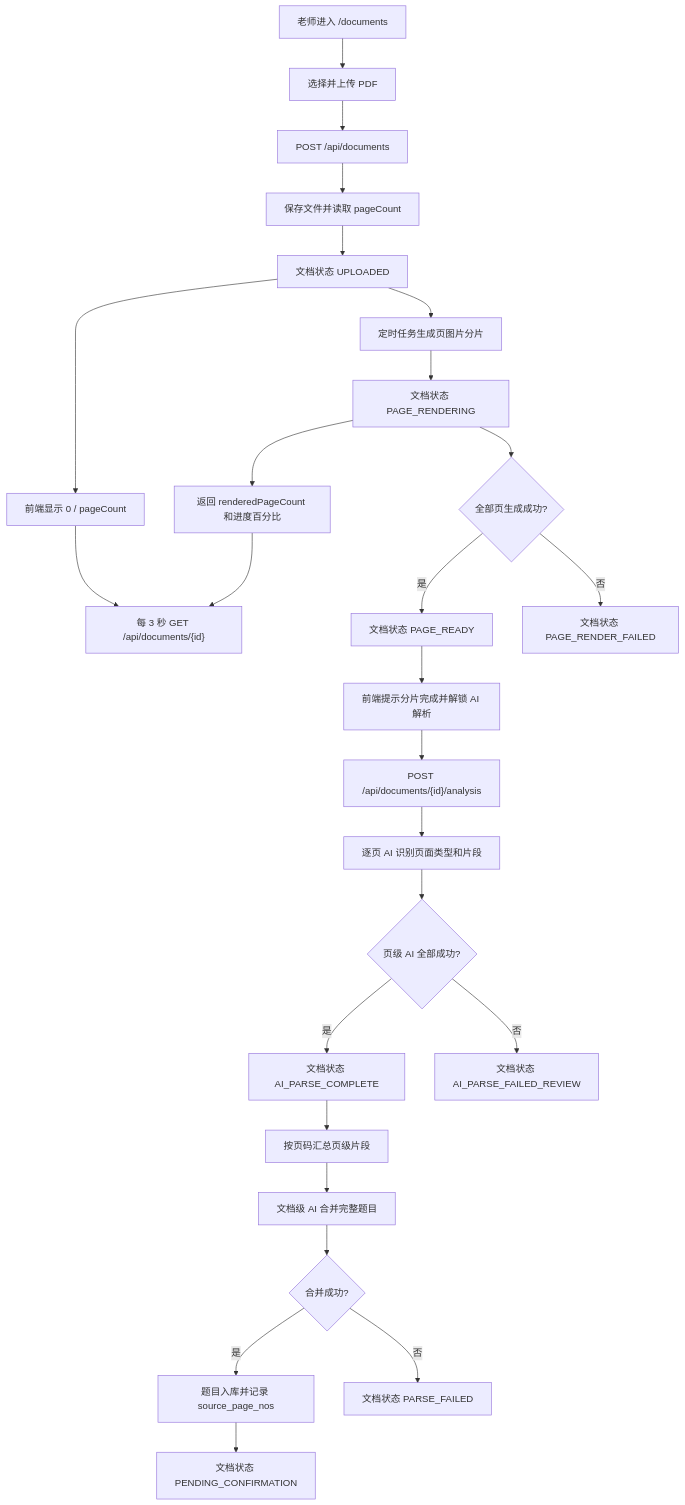
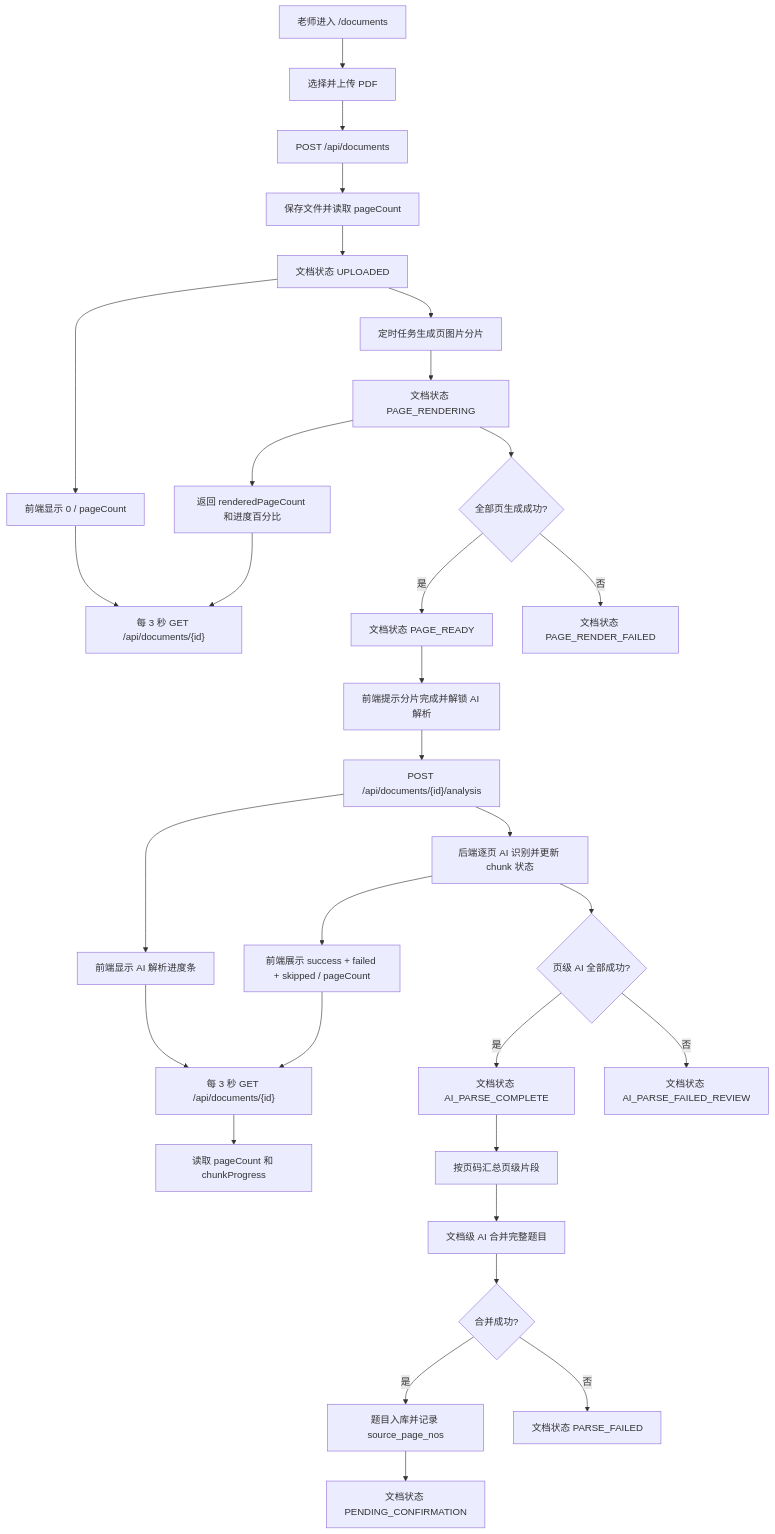
The diagram in docs/20260531222400_document-analysis-flow.md (guokai2012/exam-ai), drawn with Mermaid before and after one commit. The commit also changed other lines of this file, not shown here.

````diff
--- a/docs/20260531222400_document-analysis-flow.md
+++ b/docs/20260531222400_document-analysis-flow.md
@@ -31,28 +35,33 @@
 ```mermaid
 flowchart TD
     A["老师进入 /documents"] --> B["选择并上传 PDF"]
     B --> C["POST /api/documents"]
     C --> D["保存文件并读取 pageCount"]
     D --> E["文档状态 UPLOADED"]
     E --> F["前端显示 0 / pageCount"]
     F --> G["每 3 秒 GET /api/documents/{id}"]
     E --> H["定时任务生成页图片分片"]
     H --> I["文档状态 PAGE_RENDERING"]
     I --> J["返回 renderedPageCount 和进度百分比"]
     J --> G
     I --> K{"全部页生成成功?"}
     K -- "是" --> L["文档状态 PAGE_READY"]
     K -- "否" --> M["文档状态 PAGE_RENDER_FAILED"]
     L --> N["前端提示分片完成并解锁 AI 解析"]
     N --> O["POST /api/documents/{id}/analysis"]
-    O --> P["逐页 AI 识别页面类型和片段"]
-    P --> Q{"页级 AI 全部成功?"}
+    O --> P["前端显示 AI 解析进度条"]
+    P --> AA["每 3 秒 GET /api/documents/{id}"]
+    AA --> AB["读取 pageCount 和 chunkProgress"]
+    O --> AC["后端逐页 AI 识别并更新 chunk 状态"]
+    AC --> AD["前端展示 success + failed + skipped / pageCount"]
+    AD --> AA
+    AC --> Q{"页级 AI 全部成功?"}
     Q -- "是" --> R["文档状态 AI_PARSE_COMPLETE"]
     Q -- "否" --> S["文档状态 AI_PARSE_FAILED_REVIEW"]
     R --> T["按页码汇总页级片段"]
     T --> U["文档级 AI 合并完整题目"]
     U --> V{"合并成功?"}
     V -- "是" --> W["题目入库并记录 source_page_nos"]
     V -- "否" --> X["文档状态 PARSE_FAILED"]
     W --> Y["文档状态 PENDING_CONFIRMATION"]
 ```
````
